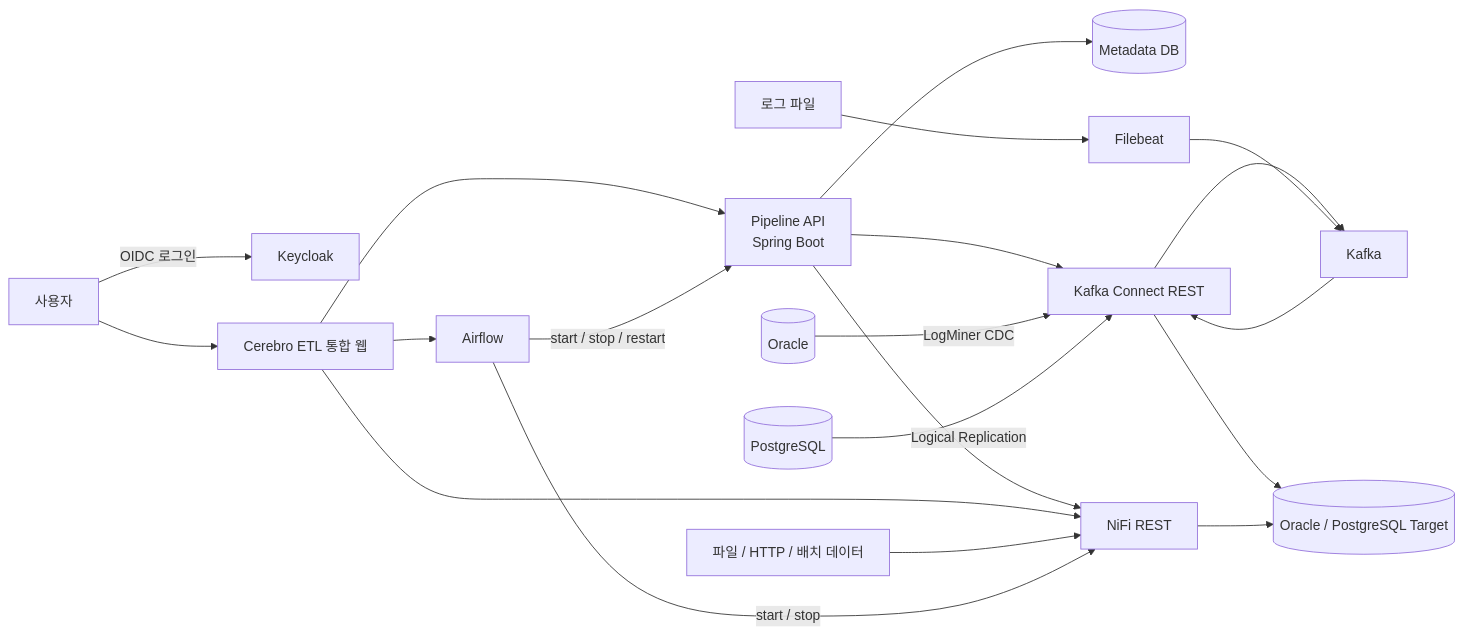
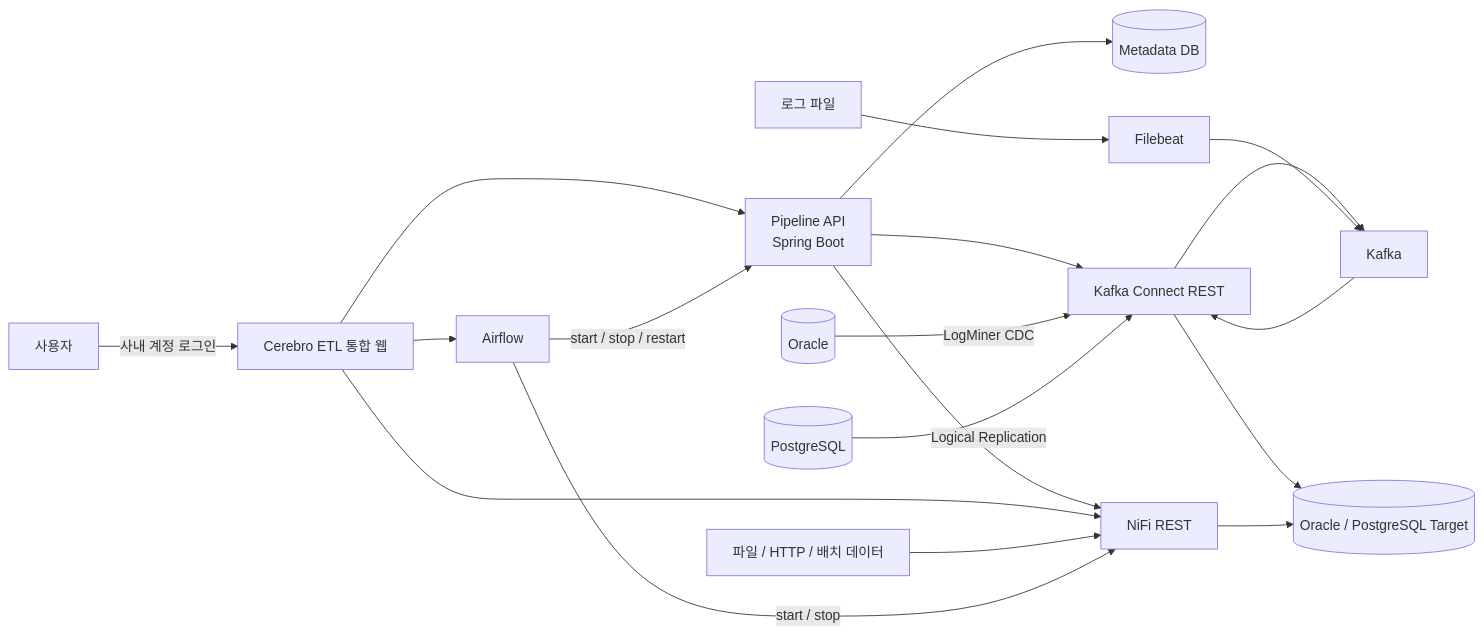
One commit to jshyun1/data-pipeline changed the first of 4 diagrams in docs/project-demo-guide.md. Above: the diagram before and after it, drawn with Mermaid. The commit also changed other lines of this file and 1 other file, not shown here.

First line of the commit message:
Update POC deck and demo guide to the current auth architecture

````diff
--- a/docs/project-demo-guide.md
+++ b/docs/project-demo-guide.md
@@ -25,26 +25,25 @@
 ```mermaid
 flowchart LR
-    U[사용자] -->|OIDC 로그인| KC[Keycloak]
-    U --> PORTAL[Cerebro ETL 통합 웹]
+    U[사용자] -->|사내 계정 로그인| PORTAL[Cerebro ETL 통합 웹]
     PORTAL --> API[Pipeline API<br/>Spring Boot]
     API --> META[(Metadata DB)]
     API --> CONNECT[Kafka Connect REST]
     API --> NIFI[NiFi REST]
     PORTAL --> AF[Airflow]
     PORTAL --> NIFI
 
     ORA[(Oracle)] -->|LogMiner CDC| CONNECT
     PG[(PostgreSQL)] -->|Logical Replication| CONNECT
     CONNECT --> KAFKA[Kafka]
     KAFKA --> CONNECT
     CONNECT --> TARGET[(Oracle / PostgreSQL Target)]
 
     LOG[로그 파일] --> FB[Filebeat]
     FB --> KAFKA
 
     FILE[파일 / HTTP / 배치 데이터] --> NIFI
     NIFI --> TARGET
 
     AF -->|start / stop / restart| API
     AF -->|start / stop| NIFI
 ```
````
